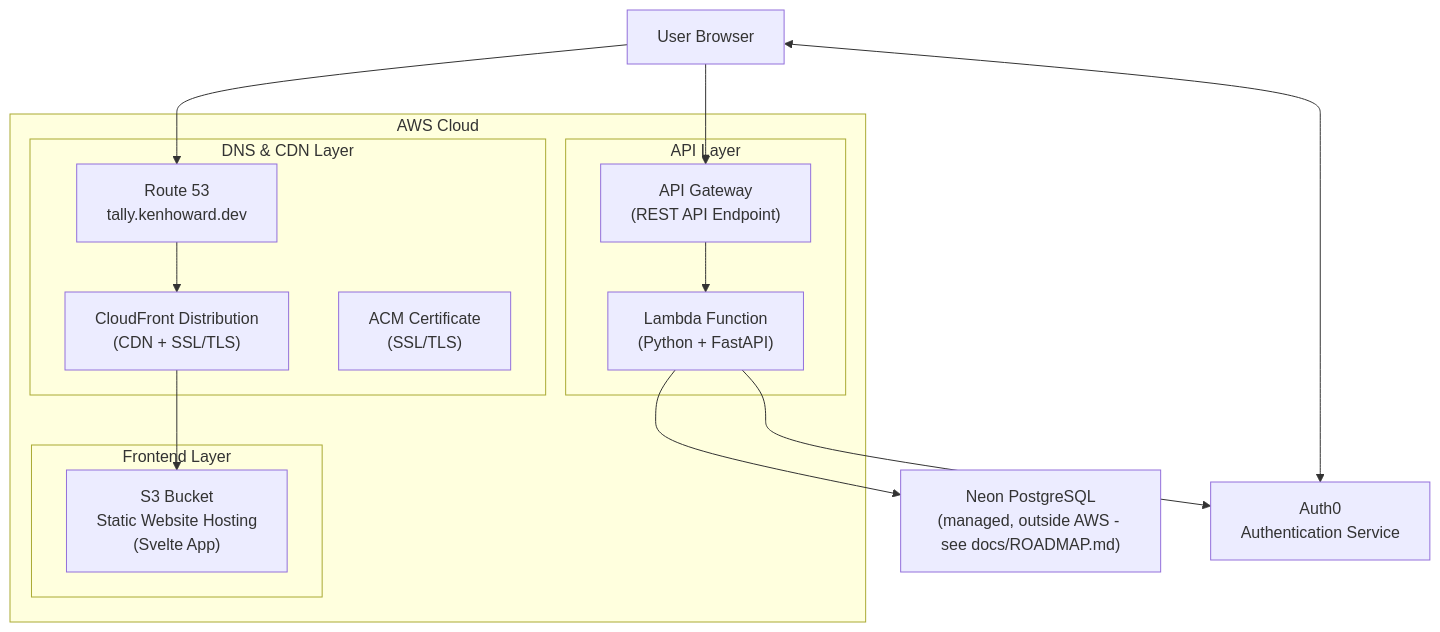
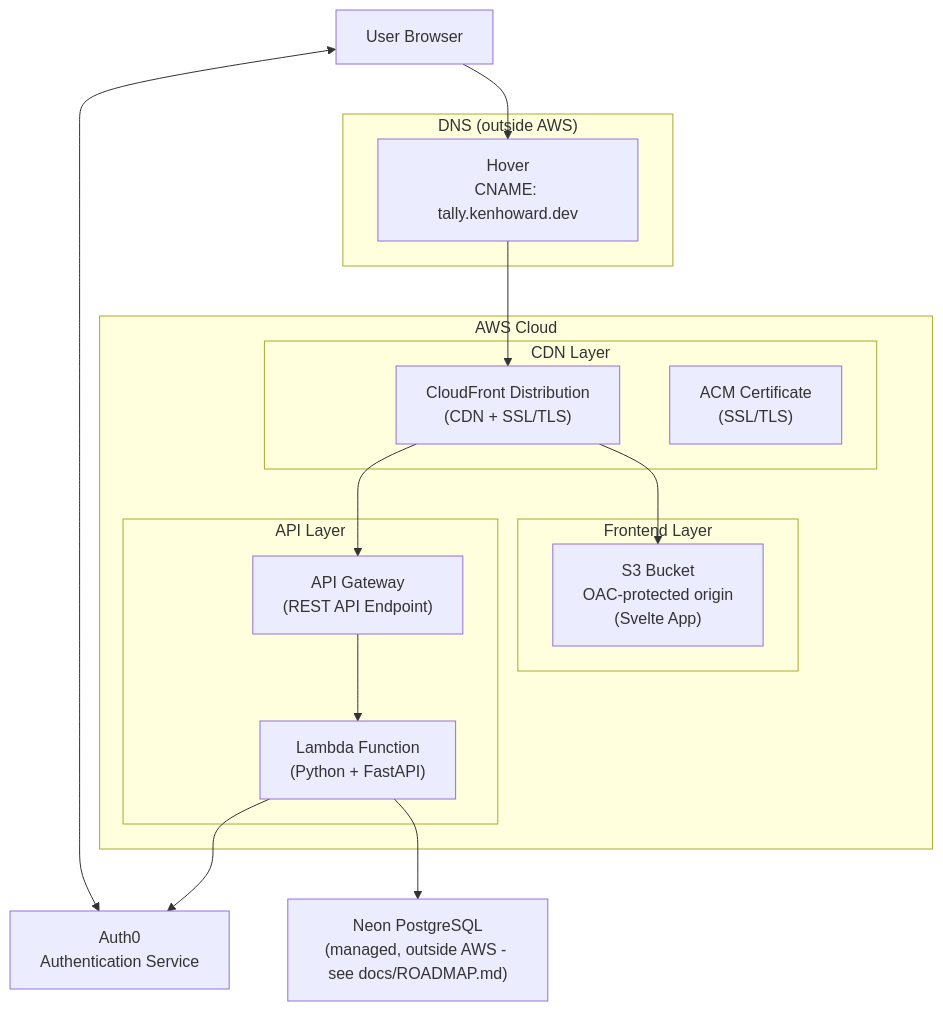
The diagram in infra/README.md (kenhowardpdx/tally), drawn with Mermaid before and after one commit. The commit also changed other lines of this file and 3 other files, not shown here.

````diff
--- a/infra/README.md
+++ b/infra/README.md
@@ -7,33 +7,36 @@
 ```mermaid
 graph TB
+    subgraph DNS["DNS (outside AWS)"]
+        Hover["Hover<br/>CNAME: tally.kenhoward.dev"]
+    end
+
     subgraph AWS["AWS Cloud"]
-        subgraph DNS["DNS & CDN Layer"]
-            R53["Route 53<br/>tally.kenhoward.dev"]
+        subgraph CDNLayer["CDN Layer"]
             CF["CloudFront Distribution<br/>(CDN + SSL/TLS)"]
             ACM["ACM Certificate<br/>(SSL/TLS)"]
         end
 
         subgraph Frontend["Frontend Layer"]
-            S3["S3 Bucket<br/>Static Website Hosting<br/>(Svelte App)"]
+            S3["S3 Bucket<br/>OAC-protected origin<br/>(Svelte App)"]
         end
 
         subgraph API["API Layer"]
             APIGW["API Gateway<br/>(REST API Endpoint)"]
             Lambda["Lambda Function<br/>(Python + FastAPI)"]
         end
 
     end
 
     Neon["Neon PostgreSQL<br/>(managed, outside AWS - see docs/ROADMAP.md)"]
     User["User Browser"]
     Auth0["Auth0<br/>Authentication Service"]
 
-    User --> R53
+    User --> Hover
     User <--> Auth0
-    R53 --> CF
+    Hover --> CF
     CF --> S3
-    User --> APIGW
+    CF --> APIGW
     APIGW --> Lambda
     Lambda --> Auth0
     Lambda --> Neon
 ```
````
